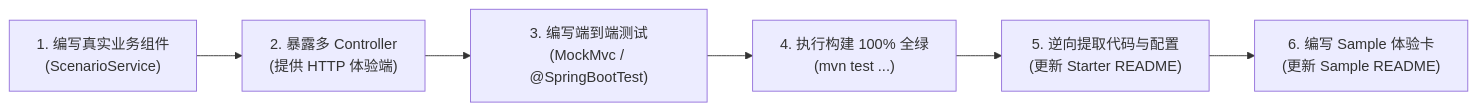
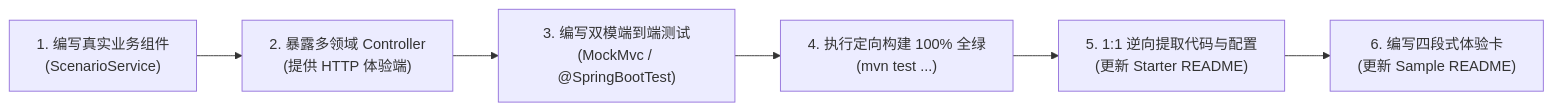
One commit to atengk/ateng-boot changed the diagram in docs/agents/documentation-specification.md. Above: the diagram before and after it, drawn with Mermaid. The commit also changed other lines of this file and 9 other files, not shown here.

````diff
--- a/docs/agents/documentation-specification.md
+++ b/docs/agents/documentation-specification.md
@@ -189,8 +162,8 @@
 ```mermaid
 flowchart LR
-    A["1. 编写真实业务组件<br>(ScenarioService)"] --> B["2. 暴露多 Controller<br>(提供 HTTP 体验端)"]
-    B --> C["3. 编写端到端测试<br>(MockMvc / @SpringBootTest)"]
-    C --> D["4. 执行构建 100% 全绿<br>(mvn test ...)"]
-    D --> E["5. 逆向提取代码与配置<br>(更新 Starter README)"]
-    E --> F["6. 编写 Sample 体验卡<br>(更新 Sample README)"]
+    A["1. 编写真实业务组件<br>(ScenarioService)"] --> B["2. 暴露多领域 Controller<br>(提供 HTTP 体验端)"]
+    B --> C["3. 编写双模端到端测试<br>(MockMvc / @SpringBootTest)"]
+    C --> D["4. 执行定向构建 100% 全绿<br>(mvn test ...)"]
+    D --> E["5. 1:1 逆向提取代码与配置<br>(更新 Starter README)"]
+    E --> F["6. 编写四段式体验卡<br>(更新 Sample README)"]
 ```
````
